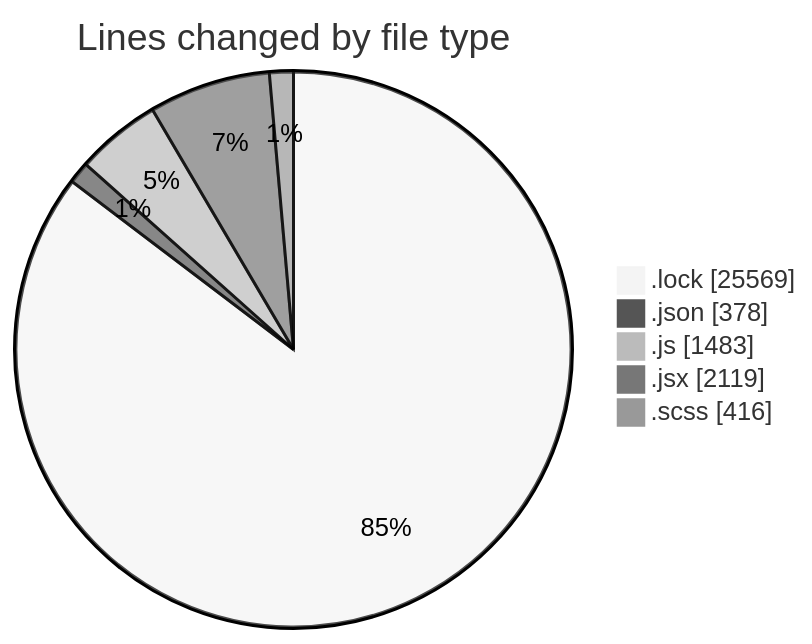
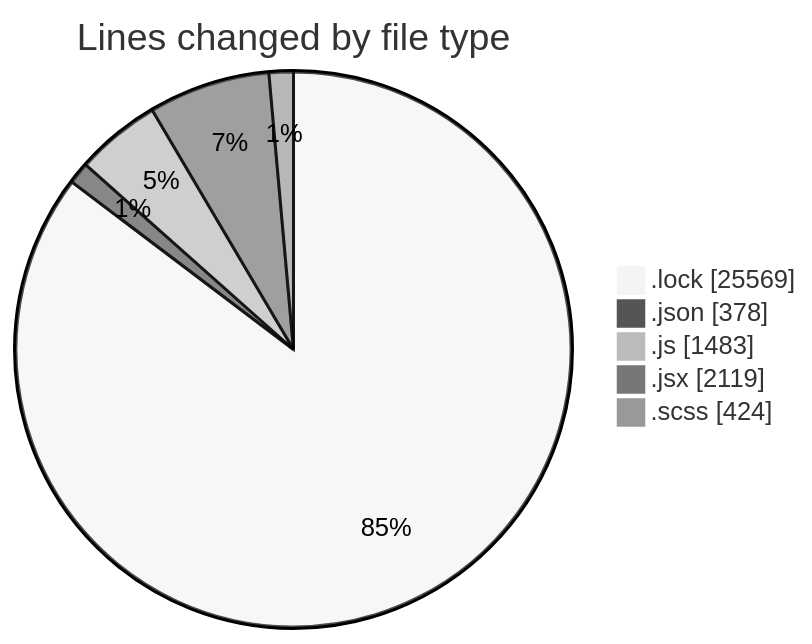
The first of 2 diagrams in 2026-01-07/cda/README.md (momahboobian/code-tracking), drawn with Mermaid (neutral theme) before and after one commit. The commit also changed other lines of this file and 1 other file, not shown here.

````diff
--- a/2026-01-07/cda/README.md
+++ b/2026-01-07/cda/README.md
@@ -50,9 +50,9 @@
 ```mermaid
 pie showData
 title Lines changed by file type
 ".lock" : 25569
 ".json" : 378
 ".js" : 1483
 ".jsx" : 2119
-".scss" : 416
+".scss" : 424
 ```
````
